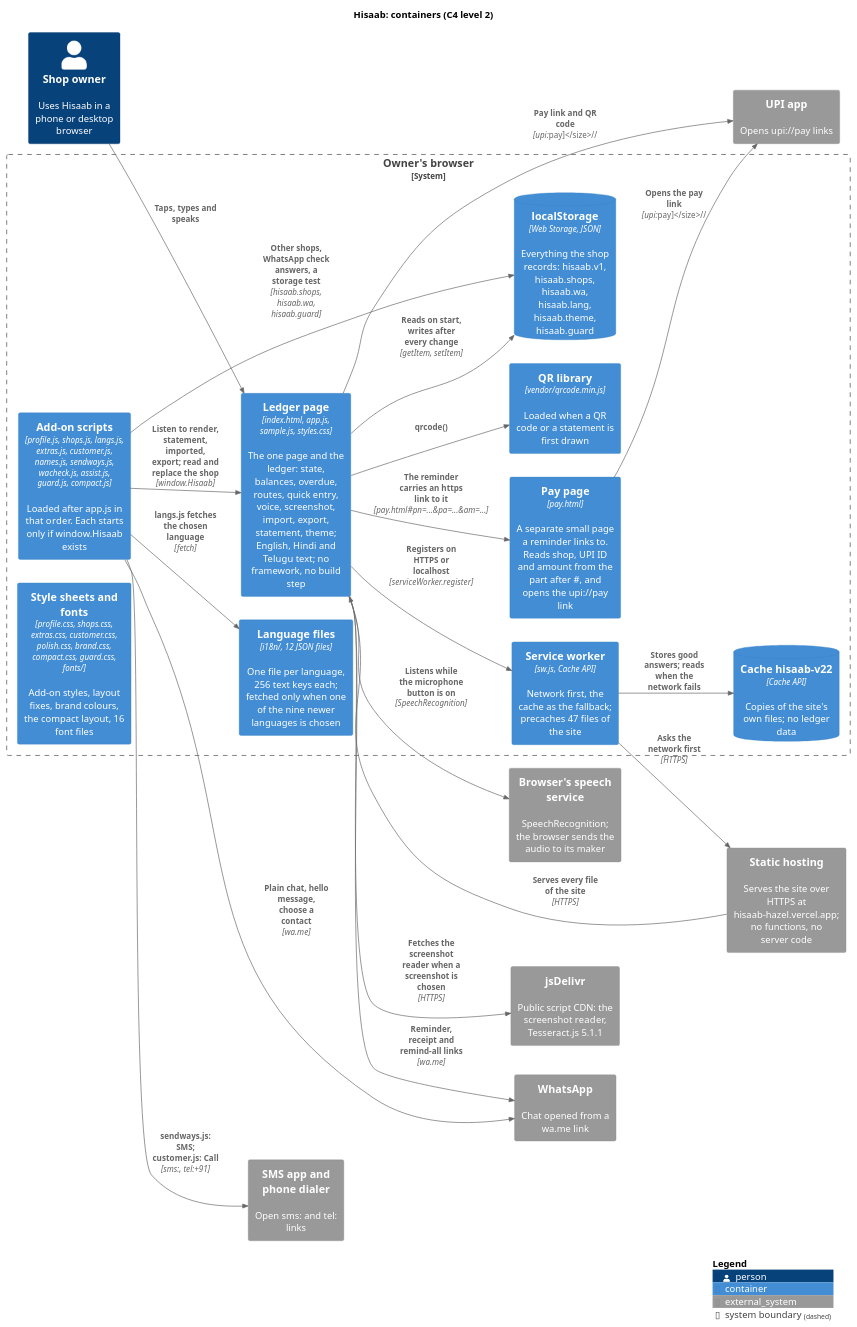
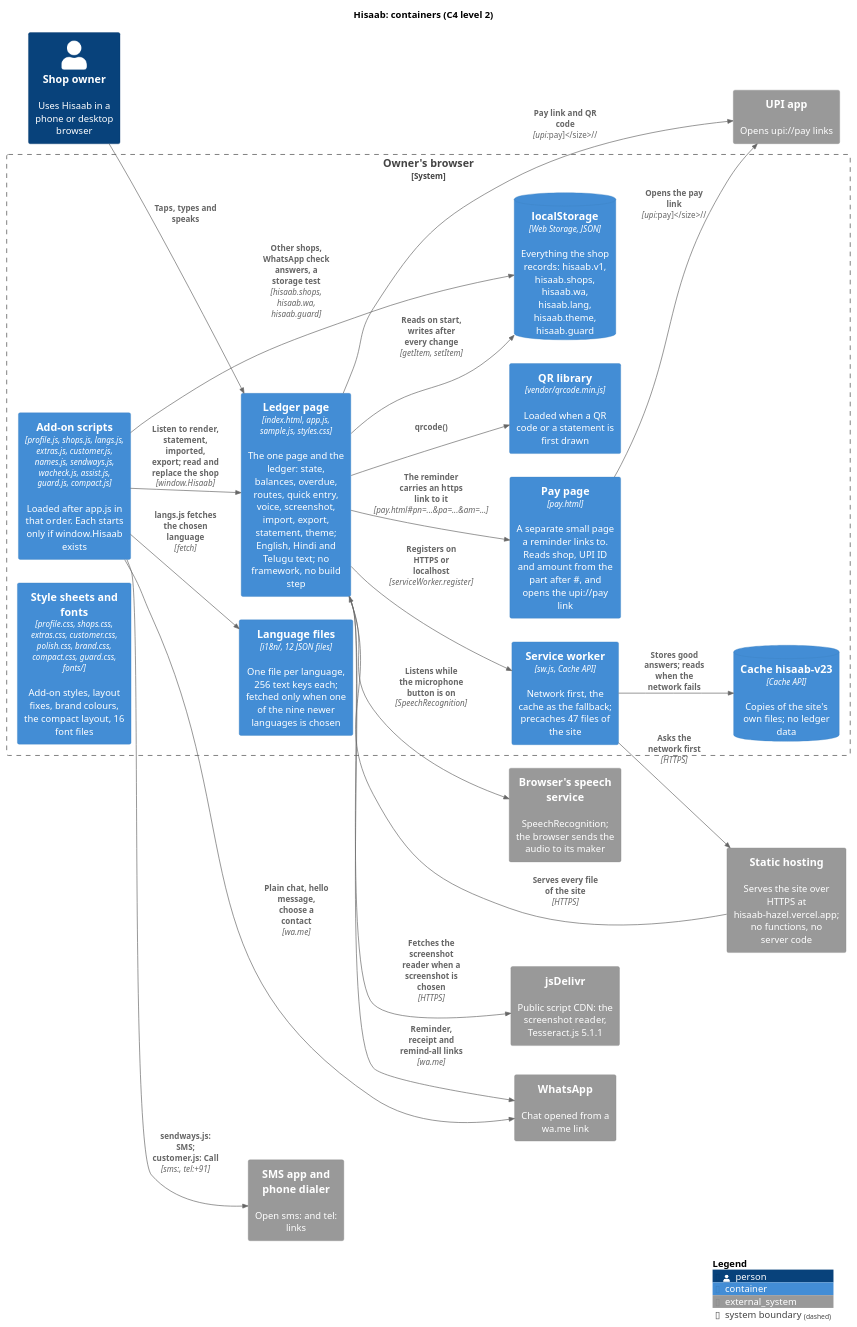
The diagram in docs/diagrams/c4-container.puml (karwasanjay007/hisaab-docs), drawn with PlantUML before and after one commit. The commit also changed 25 other files, not shown here.

First line of the commit message:
Version 1.5.2.2: the wider desktop panel, cache hisaab-v23; change log; live results

```diff
--- a/docs/diagrams/c4-container.puml
+++ b/docs/diagrams/c4-container.puml
@@ -1,51 +1,51 @@
 @startuml c4-container
 !include <C4/C4_Container>
 title Hisaab: containers (C4 level 2)
 
 skinparam wrapWidth 150
 skinparam maxMessageSize 100
 
 Person(owner, "Shop owner", "Uses Hisaab in a phone or desktop browser")
 System_Ext(hosting, "Static hosting", "Serves the site over HTTPS at hisaab-hazel.vercel.app; no functions, no server code")
 System_Ext(cdn, "jsDelivr", "Public script CDN: the screenshot reader, Tesseract.js 5.1.1")
 System_Ext(speech, "Browser's speech service", "SpeechRecognition; the browser sends the audio to its maker")
 
 System_Boundary(browser, "Owner's browser") {
   Container(spa, "Ledger page", "index.html, app.js, sample.js, styles.css", "The one page and the ledger: state, balances, overdue, routes, quick entry, voice, screenshot, import, export, statement, theme; English, Hindi and Telugu text; no framework, no build step")
   Container(addons, "Add-on scripts", "profile.js, shops.js, langs.js, extras.js, customer.js, names.js, sendways.js, wacheck.js, assist.js, guard.js, compact.js", "Loaded after app.js in that order. Each starts only if window.Hisaab exists")
   Container(sheets, "Style sheets and fonts", "profile.css, shops.css, extras.css, customer.css, polish.css, brand.css, compact.css, guard.css, fonts/", "Add-on styles, layout fixes, brand colours, the compact layout, 16 font files")
   Container(i18nfiles, "Language files", "i18n/, 12 JSON files", "One file per language, 256 text keys each; fetched only when one of the nine newer languages is chosen")
   Container(paypage, "Pay page", "pay.html", "A separate small page a reminder links to. Reads shop, UPI ID and amount from the part after #, and opens the upi://pay link")
   Container(qrlib, "QR library", "vendor/qrcode.min.js", "Loaded when a QR code or a statement is first drawn")
   Container(sw, "Service worker", "sw.js, Cache API", "Network first, the cache as the fallback; precaches 47 files of the site")
   ContainerDb(ls, "localStorage", "Web Storage, JSON", "Everything the shop records: hisaab.v1, hisaab.shops, hisaab.wa, hisaab.lang, hisaab.theme, hisaab.guard")
-  ContainerDb(cache, "Cache hisaab-v22", "Cache API", "Copies of the site's own files; no ledger data")
+  ContainerDb(cache, "Cache hisaab-v23", "Cache API", "Copies of the site's own files; no ledger data")
 }
 
 System_Ext(whatsapp, "WhatsApp", "Chat opened from a wa.me link")
 System_Ext(upi, "UPI app", "Opens upi://pay links")
 System_Ext(phone, "SMS app and phone dialer", "Open sms: and tel: links")
 
 
 Rel(owner, spa, "Taps, types and speaks")
 Rel(hosting, spa, "Serves every file of the site", "HTTPS")
 Rel(spa, cdn, "Fetches the screenshot reader when a screenshot is chosen", "HTTPS")
 Rel(spa, speech, "Listens while the microphone button is on", "SpeechRecognition")
 Rel(spa, ls, "Reads on start, writes after every change", "getItem, setItem")
 Rel(addons, spa, "Listen to render, statement, imported, export; read and replace the shop", "window.Hisaab")
 Rel(addons, ls, "Other shops, WhatsApp check answers, a storage test", "hisaab.shops, hisaab.wa, hisaab.guard")
 Rel(addons, i18nfiles, "langs.js fetches the chosen language", "fetch")
 Rel(spa, qrlib, "qrcode()")
 Rel(spa, sw, "Registers on HTTPS or localhost", "serviceWorker.register")
 Rel(sw, cache, "Stores good answers; reads when the network fails")
 Rel(sw, hosting, "Asks the network first", "HTTPS")
 Rel(spa, paypage, "The reminder carries an https link to it", "pay.html#pn=...&pa=...&am=...")
 Rel(spa, whatsapp, "Reminder, receipt and remind-all links", "wa.me")
 Rel(addons, whatsapp, "Plain chat, hello message, choose a contact", "wa.me")
 Rel(addons, phone, "sendways.js: SMS; customer.js: Call", "sms:, tel:+91")
 Rel(spa, upi, "Pay link and QR code", "upi://pay")
 Rel(paypage, upi, "Opens the pay link", "upi://pay")
 
 LAYOUT_LEFT_RIGHT()
 SHOW_LEGEND()
 @enduml
```
